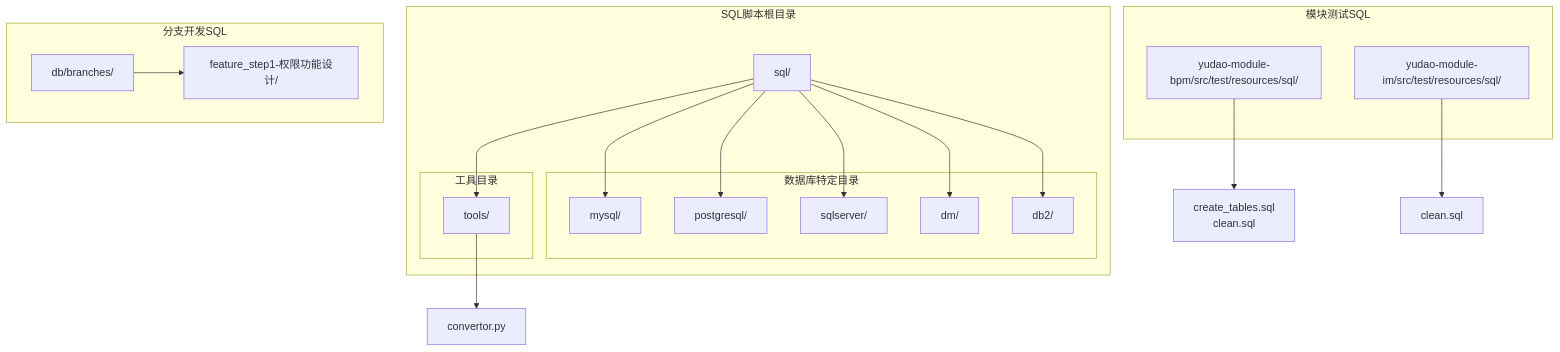
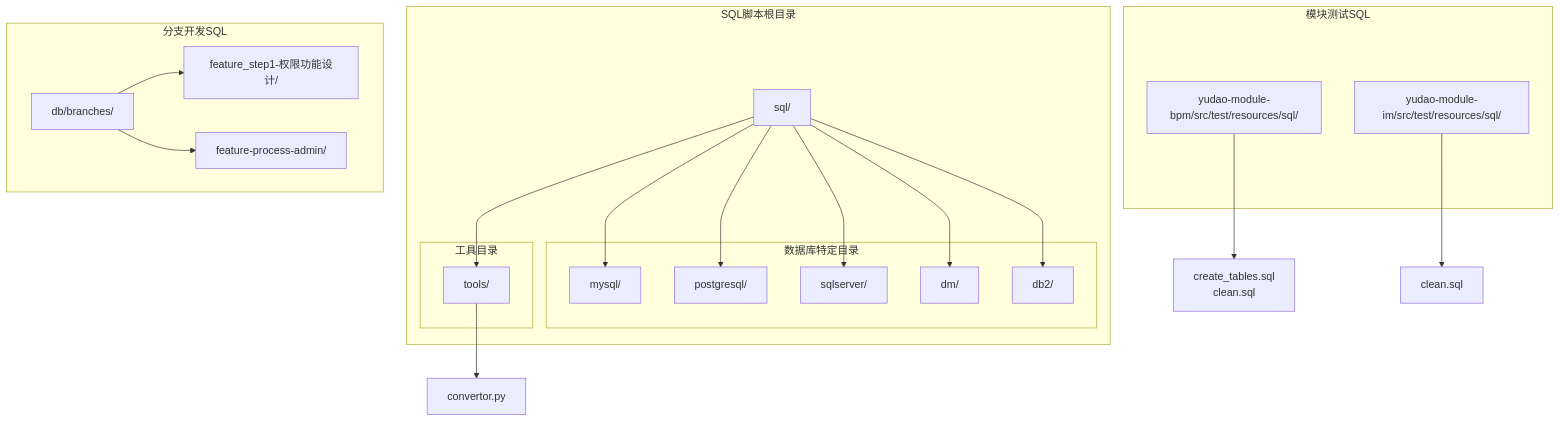
Before and after one commit to xiaoche80s-tech/rouyi-vue-pro: the first of 10 diagrams in .qoder/repowiki/zh/content/数据库设计/数据库初始化脚本.md, drawn with Mermaid. The commit also changed other lines of this file and 158 other files, not shown here.

````diff
--- a/.qoder/repowiki/zh/content/数据库设计/数据库初始化脚本.md
+++ b/.qoder/repowiki/zh/content/数据库设计/数据库初始化脚本.md
@@ -46,34 +59,36 @@
 ```mermaid
 graph TB
 subgraph "SQL脚本根目录"
 SQL_ROOT[sql/]
 subgraph "数据库特定目录"
 MYSQL[mysql/]
 PGSQL[postgresql/]
 MSSQL[sqlserver/]
 DM[dm/]
 DB2[db2/]
 end
 subgraph "工具目录"
 TOOLS[tools/]
 end
 end
 subgraph "模块测试SQL"
 BPM_TEST[yudao-module-bpm/src/test/resources/sql/]
 IM_TEST[yudao-module-im/src/test/resources/sql/]
 end
 subgraph "分支开发SQL"
 BRANCHES[db/branches/]
 FEATURE[feature_step1-权限功能设计/]
+PROCESS_ADMIN[feature-process-admin/]
 end
 SQL_ROOT --> MYSQL
 SQL_ROOT --> PGSQL
 SQL_ROOT --> MSSQL
 SQL_ROOT --> DM
 SQL_ROOT --> DB2
 SQL_ROOT --> TOOLS
 TOOLS --> CONVERTOR[convertor.py]
 BRANCHES --> FEATURE
+BRANCHES --> PROCESS_ADMIN
 BPM_TEST --> TEST_FILES[create_tables.sql<br/>clean.sql]
 IM_TEST --> TEST_CLEAN[clean.sql]
 ```
````
